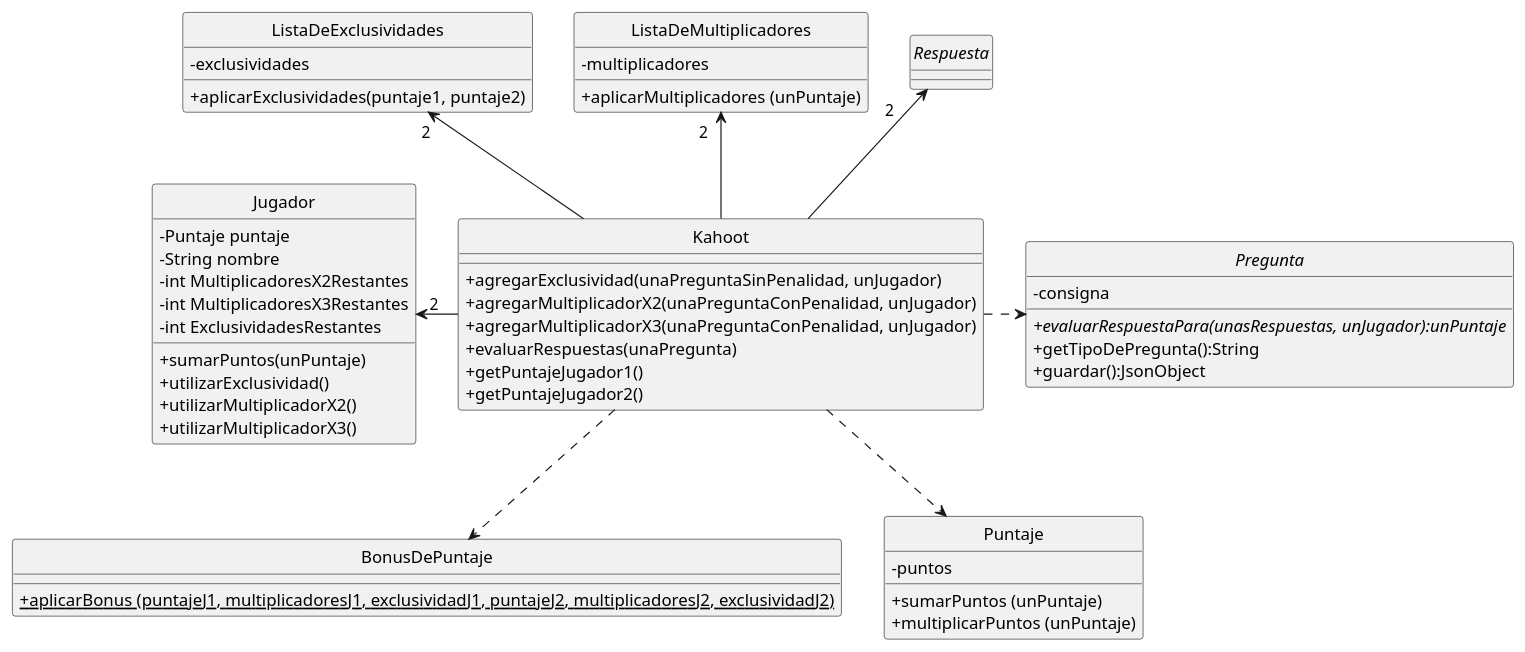
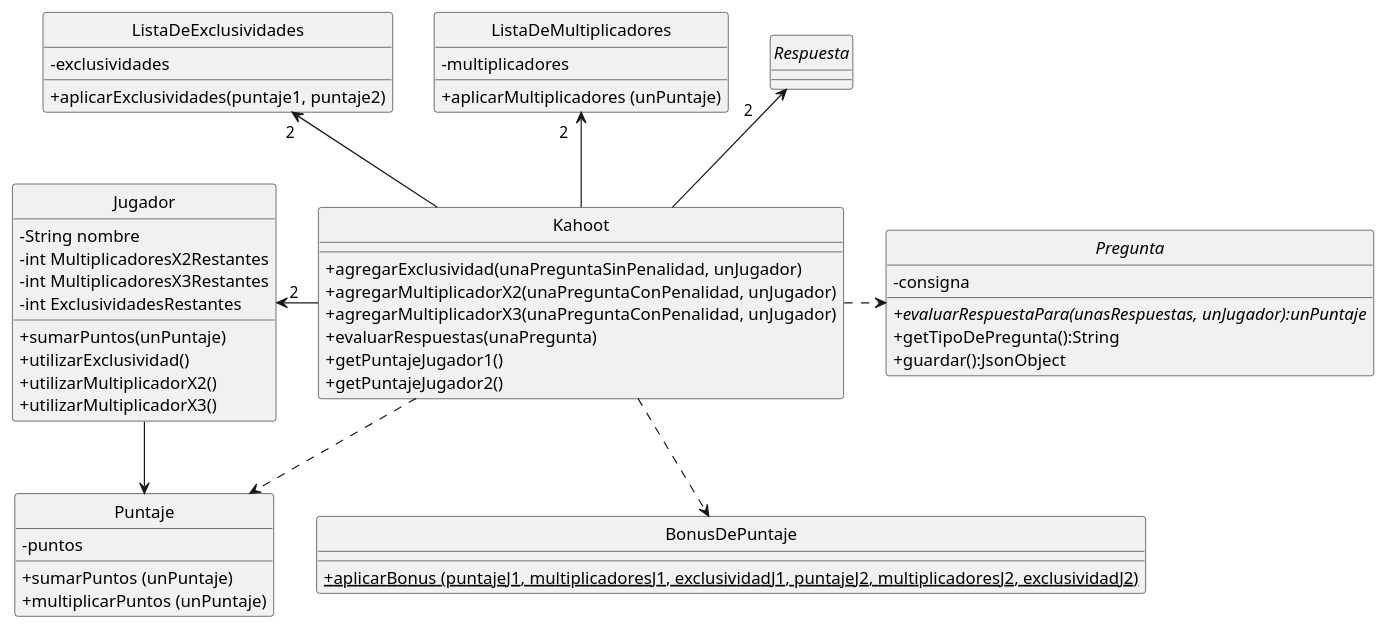
One commit to Tomymanoukian/AyPIII_TP2 changed the diagram in Diagramas/DDC-Kahoot.puml. Above: the diagram before and after it, drawn with PlantUML.

Commit message:
Corrijo el diagrama

```diff
--- a/Diagramas/DDC-Kahoot.puml
+++ b/Diagramas/DDC-Kahoot.puml
@@ -1,68 +1,69 @@
 @startuml
 
 skinparam classAttributeIconSize 0
 skinparam shadowing false
 hide circle
 
 class Jugador {
-    -Puntaje puntaje
     -String nombre
     -int MultiplicadoresX2Restantes
     -int MultiplicadoresX3Restantes
     -int ExclusividadesRestantes
     +sumarPuntos(unPuntaje)
     +utilizarExclusividad()
     +utilizarMultiplicadorX2()
     +utilizarMultiplicadorX3()
 }
 
 class Kahoot {
     +agregarExclusividad(unaPreguntaSinPenalidad, unJugador)
     +agregarMultiplicadorX2(unaPreguntaConPenalidad, unJugador)
     +agregarMultiplicadorX3(unaPreguntaConPenalidad, unJugador)
     +evaluarRespuestas(unaPregunta)
     +getPuntajeJugador1()
     +getPuntajeJugador2()
 }
 
 abstract class Pregunta {
     -consigna
     {abstract}+evaluarRespuestaPara(unasRespuestas, unJugador):unPuntaje
     +getTipoDePregunta():String
     +guardar():JsonObject
 }
 
 class BonusDePuntaje {
     +{static}aplicarBonus (puntajeJ1, multiplicadoresJ1, exclusividadJ1, puntajeJ2, multiplicadoresJ2, exclusividadJ2)
 }
 
 class ListaDeExclusividades {
     -exclusividades
     +aplicarExclusividades(puntaje1, puntaje2)
 }
 
 class ListaDeMultiplicadores {
     -multiplicadores
     +aplicarMultiplicadores (unPuntaje)
 }
 
 interface Respuesta {
 }
 
 class Puntaje {
     -puntos
     +sumarPuntos (unPuntaje)
     +multiplicarPuntos (unPuntaje)
 }
 
 Jugador " 2" <- Kahoot
 Kahoot .> Pregunta
 Respuesta "2      " <-- Kahoot
 
+Jugador --> Puntaje
+
+Kahoot ..> Puntaje
 Kahoot ..> BonusDePuntaje
-Kahoot ..> Puntaje
 
 ListaDeExclusividades "2  "<-- Kahoot
 ListaDeMultiplicadores "2   "<-- Kahoot
 
 @enduml
```
